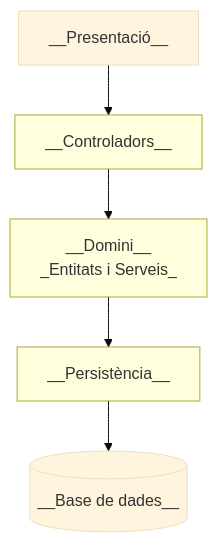
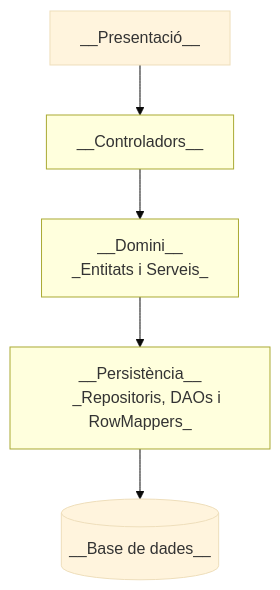
The diagram in docs/implementacio/arquitectura.md (fpmislata-daw1-projecte/projecte-daw1), drawn with Mermaid (base theme) before and after one commit. The commit also changed other lines of this file, not shown here.

Commit message:
persistencia

````diff
--- a/docs/implementacio/arquitectura.md
+++ b/docs/implementacio/arquitectura.md
@@ -31,14 +40,15 @@
 ```mermaid
 graph TD
     classDef app fill:#ffd,stroke:#aa3,stroke-width:1px;
     presentacio["__Presentació__"]
     controladors["__Controladors__"]:::app
     domini["__Domini__
     _Entitats i Serveis_"]:::app
-    persistencia["__Persistència__"]:::app
+    persistencia["__Persistència__
+    _Repositoris, DAOs i RowMappers_"]:::app
     base_dades[("__Base de dades__")]
     presentacio --> controladors
     controladors --> domini
     domini --> persistencia
     persistencia --> base_dades
 ```
````
